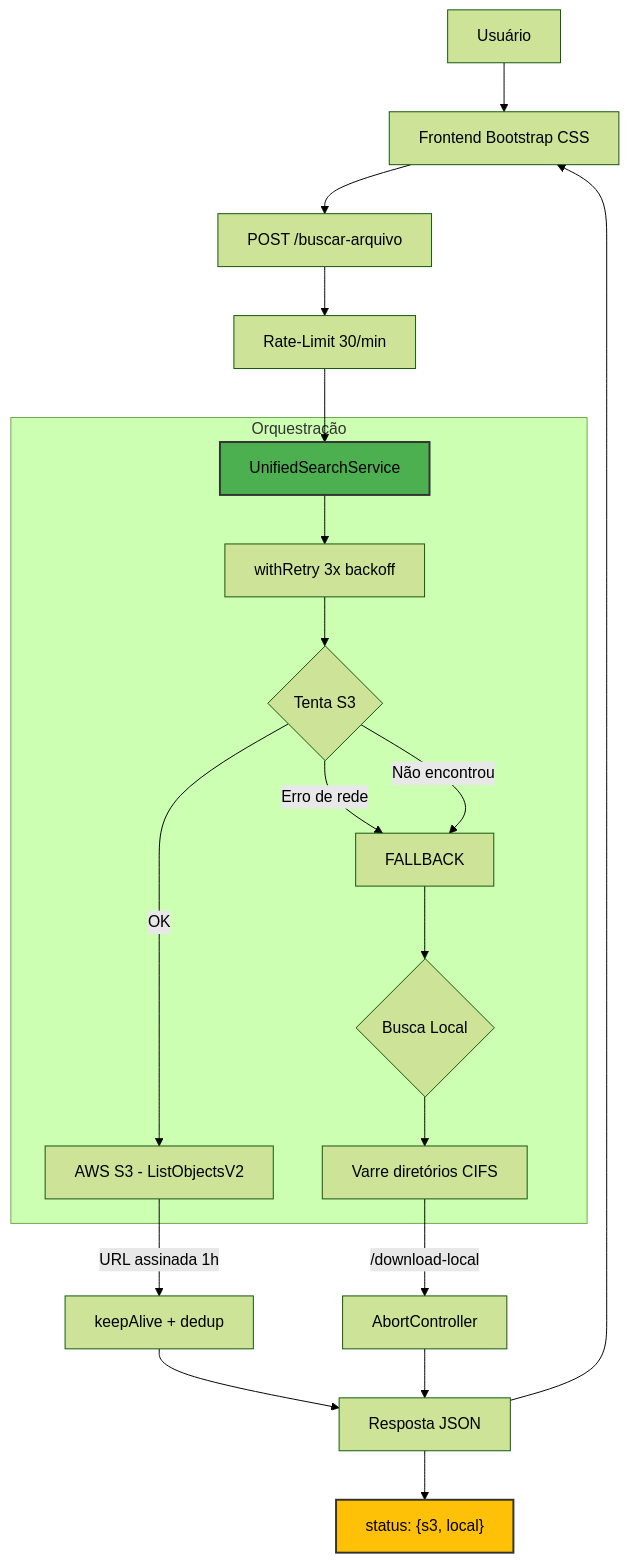
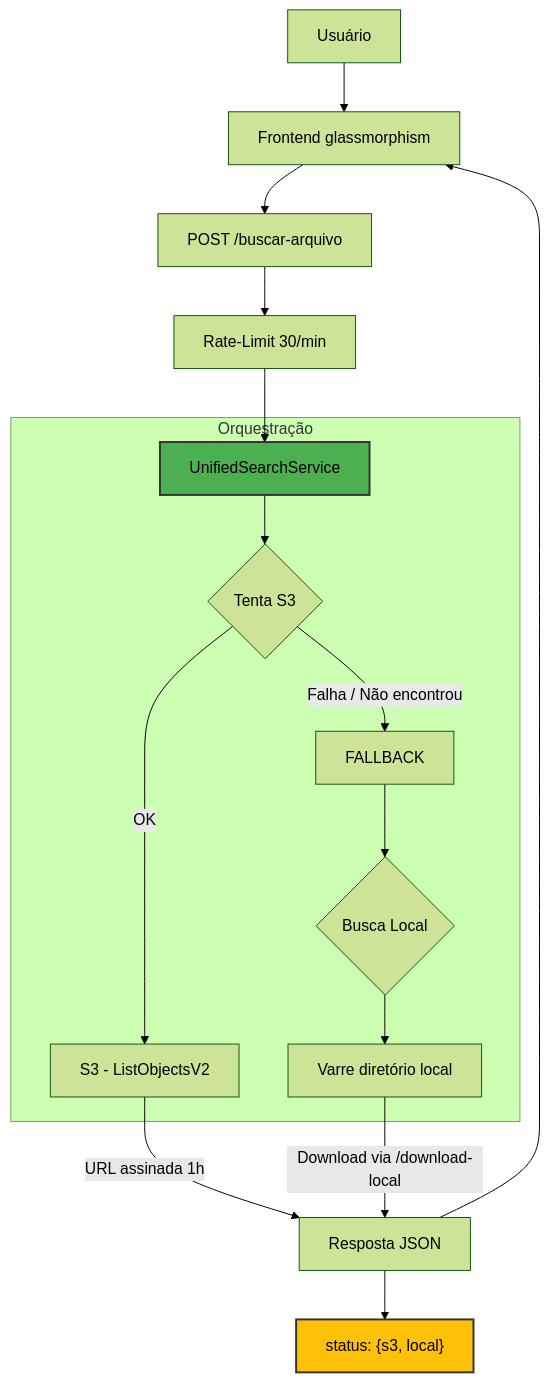
One commit to diego-abuv/s3-protoSearch changed the diagram in README.md. Above: the diagram before and after it, drawn with Mermaid (forest theme). The commit also changed other lines of this file and 7 other files, not shown here.

````diff
--- a/README.md
+++ b/README.md
@@ -264,30 +43,25 @@
 ```mermaid
 graph TD
-    U[Usuário] --> F[Frontend Bootstrap CSS]
+    U[Usuário] --> F[Frontend glassmorphism]
     F --> API[POST /buscar-arquivo]
     API --> RL[Rate-Limit 30/min]
     RL --> ORQ[UnifiedSearchService]
 
     subgraph "Orquestração"
-        ORQ --> RETRY[withRetry 3x backoff]
-        RETRY --> TRY1{Tenta S3}
-        TRY1 -->|OK| S3[AWS S3 - ListObjectsV2]
-        TRY1 -->|Erro de rede| FALLBACK
-        TRY1 -->|Não encontrou| FALLBACK
+        ORQ --> TRY1{Tenta S3}
+        TRY1 -->|OK| S3[S3 - ListObjectsV2]
+        TRY1 -->|Falha / Não encontrou| FALLBACK
 
         FALLBACK --> LOCAL{Busca Local}
-        LOCAL --> FS[Varre diretórios CIFS]
+        LOCAL --> FS[Varre diretório local]
     end
 
-    S3 --> |URL assinada 1h| URL1[keepAlive + dedup]
-    FS --> |/download-local| URL2[AbortController]
-
-    URL1 --> R[Resposta JSON]
-    URL2 --> R
+    S3 --> |URL assinada 1h| R[Resposta JSON]
+    FS --> |Download via /download-local| R
     R --> F
 
     R --> STATUS["status: {s3, local}"]
 
     style ORQ fill:#4CAF50,stroke:#333,stroke-width:2px
     style STATUS fill:#FFC107,stroke:#333,stroke-width:2px
 ```
````
